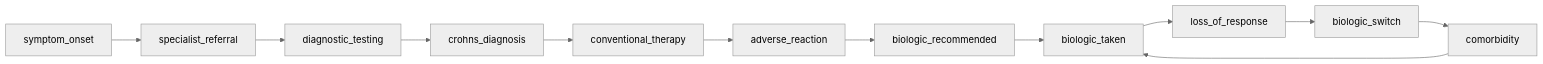
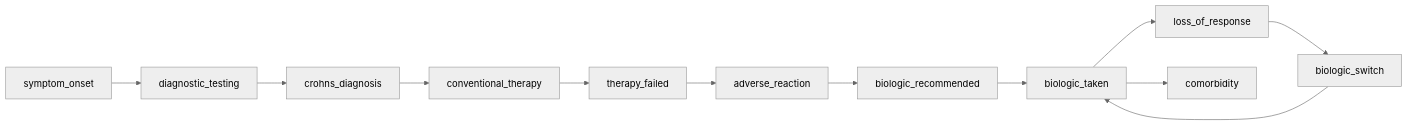
One commit to carecodeconnect/crohnicity changed the diagram in README.md. Above: the diagram before and after it, drawn with Mermaid. The commit also changed other lines of this file and 18 other files, not shown here.

````diff
--- a/README.md
+++ b/README.md
@@ -367,26 +367,26 @@
 ``` mermaid
 %%{init: {'theme':'neutral'}}%%
 flowchart LR
     n0["symptom_onset"]
-    n1["specialist_referral"]
-    n2["diagnostic_testing"]
-    n3["crohns_diagnosis"]
-    n4["conventional_therapy"]
+    n1["diagnostic_testing"]
+    n2["crohns_diagnosis"]
+    n3["conventional_therapy"]
+    n4["therapy_failed"]
     n5["adverse_reaction"]
     n6["biologic_recommended"]
     n7["biologic_taken"]
     n8["loss_of_response"]
     n9["biologic_switch"]
     n10["comorbidity"]
     n0 -->n1
     n1 -->n2
     n2 -->n3
     n3 -->n4
     n4 -->n5
     n5 -->n6
     n6 -->n7
     n7 -->n8
     n8 -->n9
-    n9 -->n10
-    n10 -->n7
+    n9 -->n7
+    n7 -->n10
 ```
````
